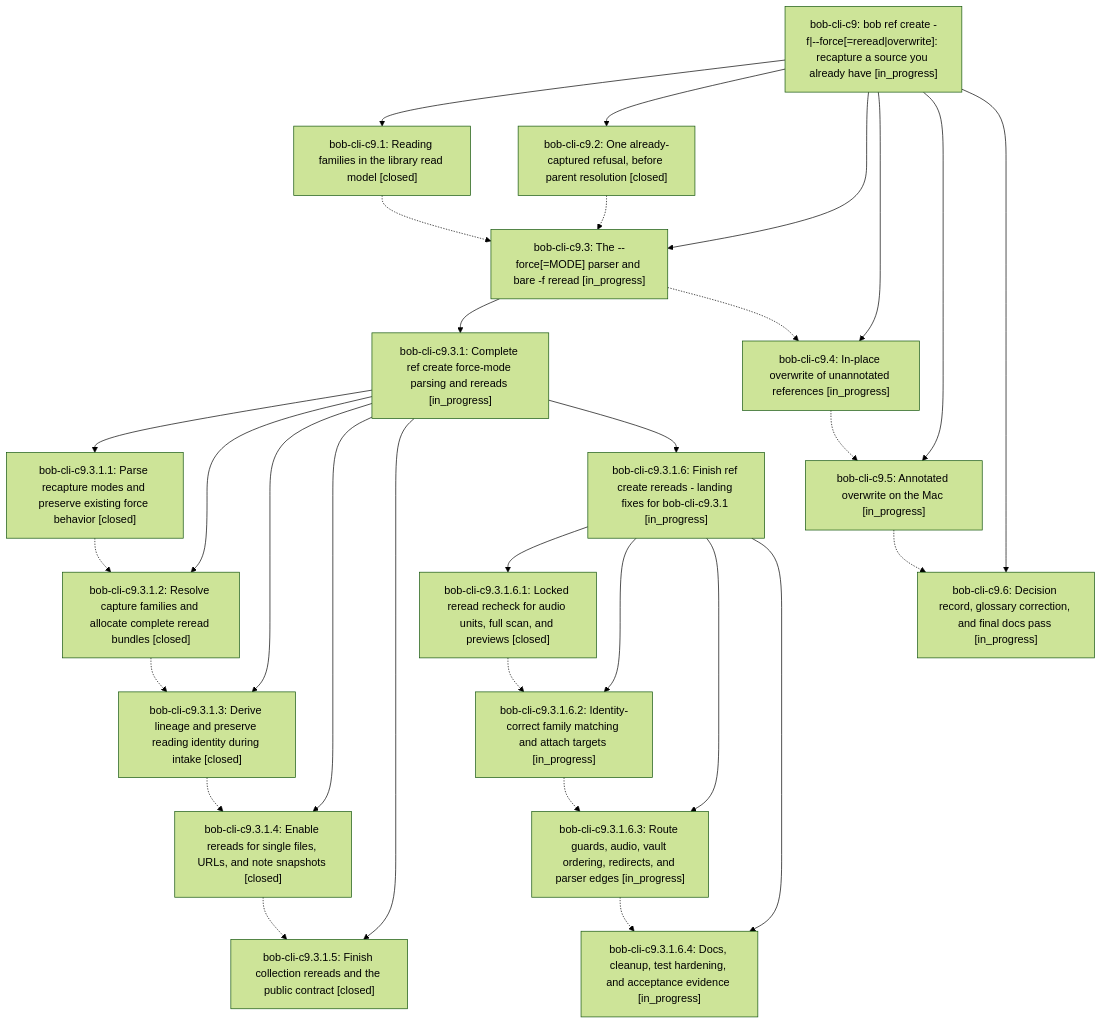
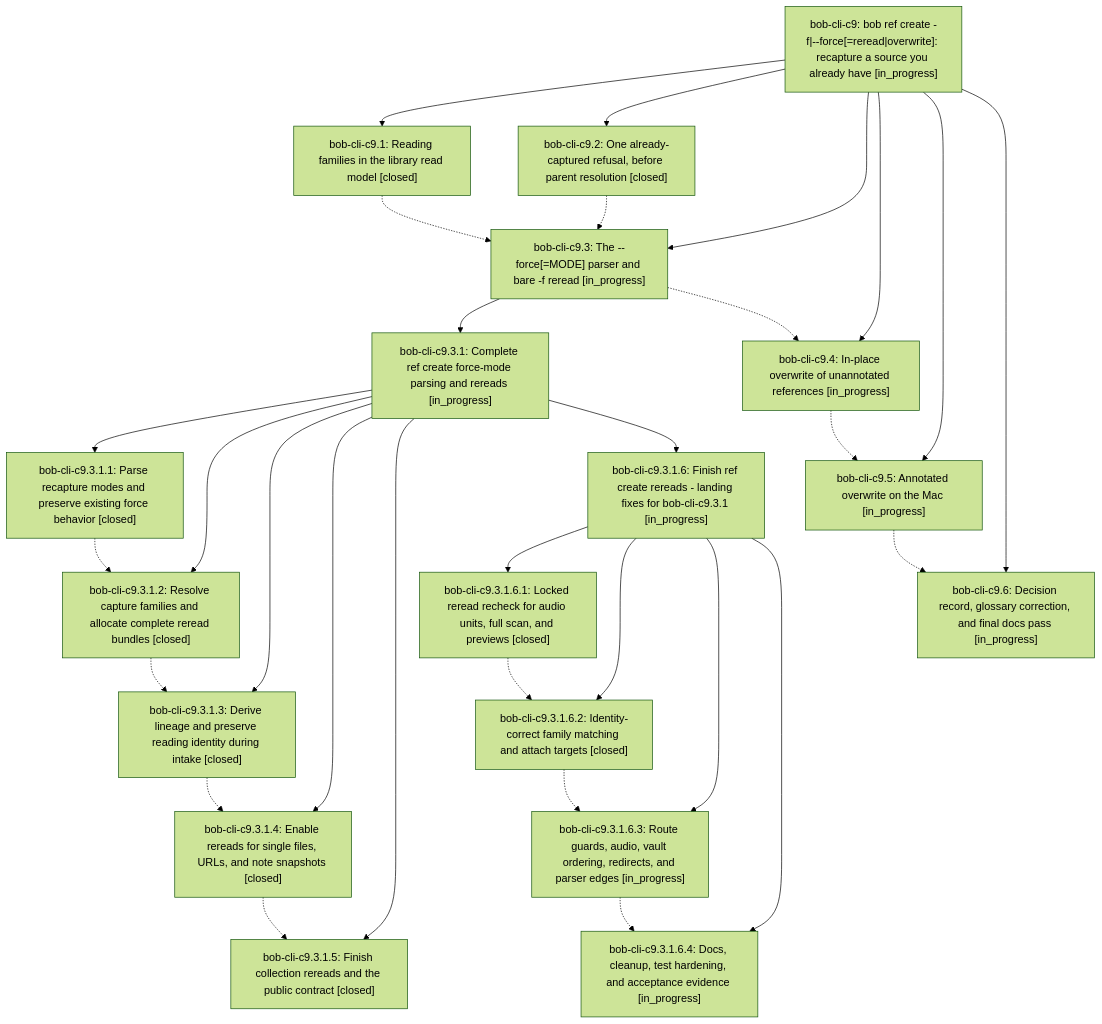
Before and after one commit to bobs-org/bob-cli--beads: the diagram in pages/bob-cli-c9/README.md, drawn with Mermaid (forest theme). The commit also changed other lines of this file and 5 other files, not shown here.

First line of the commit message:
chore(beads): sync bead state and pages for bob-cli-c9

````diff
--- a/pages/bob-cli-c9/README.md
+++ b/pages/bob-cli-c9/README.md
@@ -41,50 +41,50 @@
 ```mermaid
 flowchart TD
     n0["bob-cli-c9: bob ref create -f|--force[=reread|overwrite]: recapture a source you already have [in_progress]"]
     n1["bob-cli-c9.1: Reading families in the library read model [closed]"]
     n2["bob-cli-c9.2: One already-captured refusal, before parent resolution [closed]"]
     n3["bob-cli-c9.3: The --force[=MODE] parser and bare -f reread [in_progress]"]
     n4["bob-cli-c9.3.1: Complete ref create force-mode parsing and rereads [in_progress]"]
     n5["bob-cli-c9.3.1.1: Parse recapture modes and preserve existing force behavior [closed]"]
     n6["bob-cli-c9.3.1.2: Resolve capture families and allocate complete reread bundles [closed]"]
     n7["bob-cli-c9.3.1.3: Derive lineage and preserve reading identity during intake [closed]"]
     n8["bob-cli-c9.3.1.4: Enable rereads for single files, URLs, and note snapshots [closed]"]
     n9["bob-cli-c9.3.1.5: Finish collection rereads and the public contract [closed]"]
     n10["bob-cli-c9.3.1.6: Finish ref create rereads - landing fixes for bob-cli-c9.3.1 [in_progress]"]
     n11["bob-cli-c9.3.1.6.1: Locked reread recheck for audio units, full scan, and previews [closed]"]
-    n12["bob-cli-c9.3.1.6.2: Identity-correct family matching and attach targets [in_progress]"]
+    n12["bob-cli-c9.3.1.6.2: Identity-correct family matching and attach targets [closed]"]
     n13["bob-cli-c9.3.1.6.3: Route guards, audio, vault ordering, redirects, and parser edges [in_progress]"]
     n14["bob-cli-c9.3.1.6.4: Docs, cleanup, test hardening, and acceptance evidence [in_progress]"]
     n15["bob-cli-c9.4: In-place overwrite of unannotated references [in_progress]"]
     n16["bob-cli-c9.5: Annotated overwrite on the Mac [in_progress]"]
     n17["bob-cli-c9.6: Decision record, glossary correction, and final docs pass [in_progress]"]
     n0 --> n1
     n0 --> n2
     n0 --> n3
     n3 --> n4
     n4 --> n5
     n4 --> n6
     n4 --> n7
     n4 --> n8
     n4 --> n9
     n4 --> n10
     n10 --> n11
     n10 --> n12
     n10 --> n13
     n10 --> n14
     n0 --> n15
     n0 --> n16
     n0 --> n17
     n1 -.-> n3
     n2 -.-> n3
     n3 -.-> n15
     n5 -.-> n6
     n6 -.-> n7
     n7 -.-> n8
     n8 -.-> n9
     n11 -.-> n12
     n12 -.-> n13
     n13 -.-> n14
     n15 -.-> n16
     n16 -.-> n17
 ```
````
